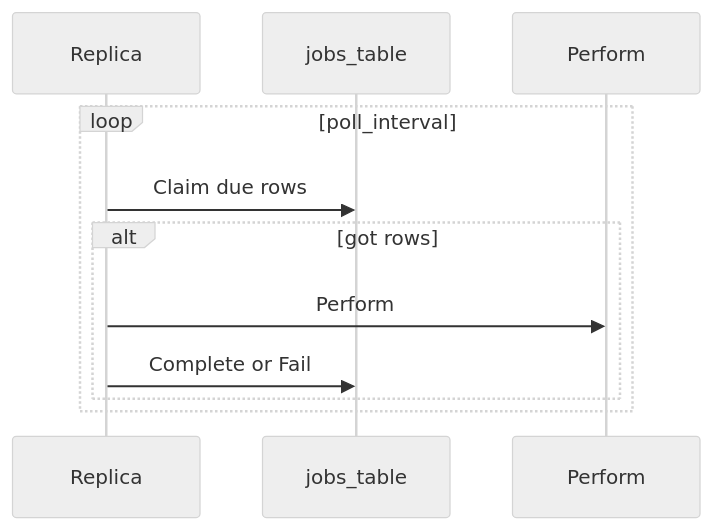
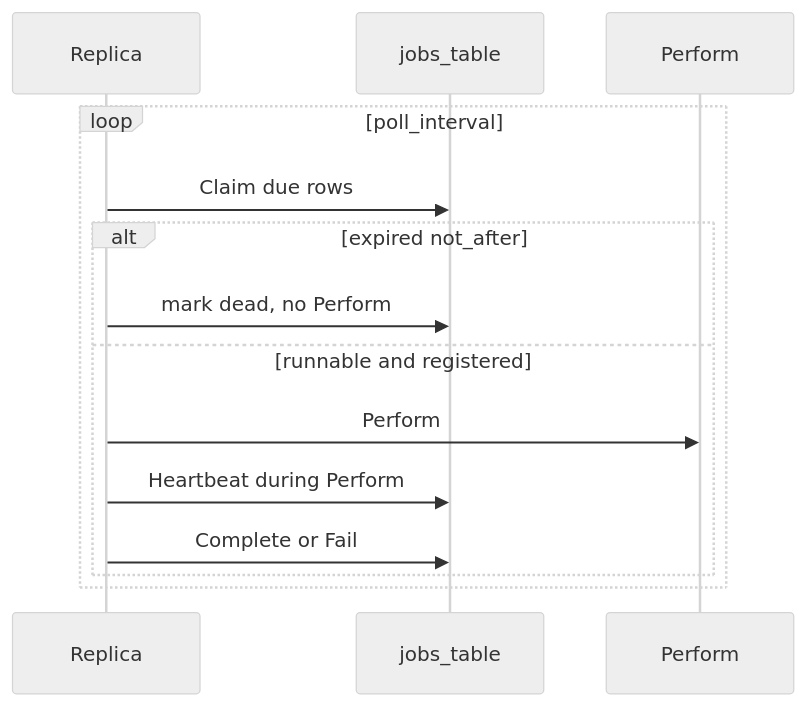
The diagram in docs/adrs/061-background-jobs.md (zitadel/nextgen), drawn with Mermaid (neutral theme) before and after one commit. The commit also changed other lines of this file and 1 other file, not shown here.

````diff
--- a/docs/adrs/061-background-jobs.md
+++ b/docs/adrs/061-background-jobs.md
@@ -65,14 +74,17 @@
 ```mermaid
 sequenceDiagram
   participant Node as Replica
   participant Jobs as jobs_table
   participant Handler as Perform
 
   loop poll_interval
     Node->>Jobs: Claim due rows
-    alt got rows
+    alt expired not_after
+      Node->>Jobs: mark dead, no Perform
+    else runnable and registered
       Node->>Handler: Perform
+      Node->>Jobs: Heartbeat during Perform
       Node->>Jobs: Complete or Fail
     end
   end
 ```
````
